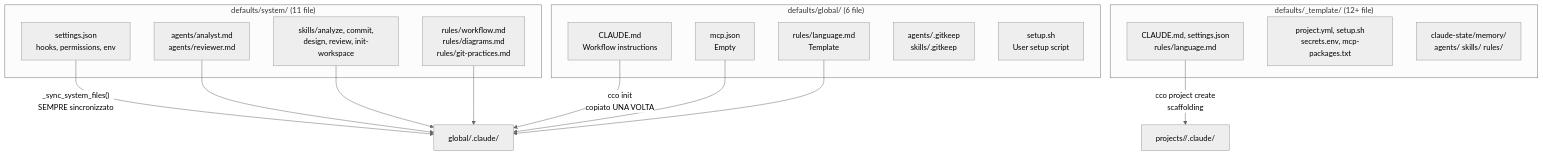
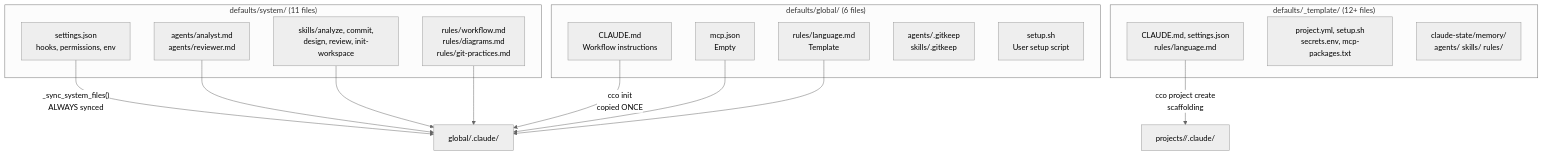
One commit to alergyonthestage/claude-orchestrator changed the first of 2 diagrams in docs/maintainer/scope-hierarchy/analysis.md. Above: the diagram before and after it, drawn with Mermaid (neutral theme). The commit also changed other lines of this file and 18 other files, not shown here.

````diff
--- a/docs/maintainer/scope-hierarchy/analysis.md
+++ b/docs/maintainer/scope-hierarchy/analysis.md
@@ -192,33 +192,33 @@
 ```mermaid
 graph TB
-    subgraph "defaults/system/ (11 file)"
+    subgraph "defaults/system/ (11 files)"
         SS[settings.json<br/>hooks, permissions, env]
         SA[agents/analyst.md<br/>agents/reviewer.md]
         SK[skills/analyze, commit,<br/>design, review, init-workspace]
         SR[rules/workflow.md<br/>rules/diagrams.md<br/>rules/git-practices.md]
     end
 
-    subgraph "defaults/global/ (6 file)"
+    subgraph "defaults/global/ (6 files)"
         GC[CLAUDE.md<br/>Workflow instructions]
         GM[mcp.json<br/>Empty]
         GL[rules/language.md<br/>Template]
         GG[agents/.gitkeep<br/>skills/.gitkeep]
         GS[setup.sh<br/>User setup script]
     end
 
-    subgraph "defaults/_template/ (12+ file)"
+    subgraph "defaults/_template/ (12+ files)"
         TC[CLAUDE.md, settings.json<br/>rules/language.md]
         TT[project.yml, setup.sh<br/>secrets.env, mcp-packages.txt]
         TD[claude-state/memory/<br/>agents/ skills/ rules/]
     end
 
-    SS -->|"_sync_system_files()<br/>SEMPRE sincronizzato"| G["global/.claude/"]
+    SS -->|"_sync_system_files()<br/>ALWAYS synced"| G["global/.claude/"]
     SA --> G
     SK --> G
     SR --> G
-    GC -->|"cco init<br/>copiato UNA VOLTA"| G
+    GC -->|"cco init<br/>copied ONCE"| G
     GM --> G
     GL --> G
 
     TC -->|"cco project create<br/>scaffolding"| P["projects/<name>/.claude/"]
 ```
````
